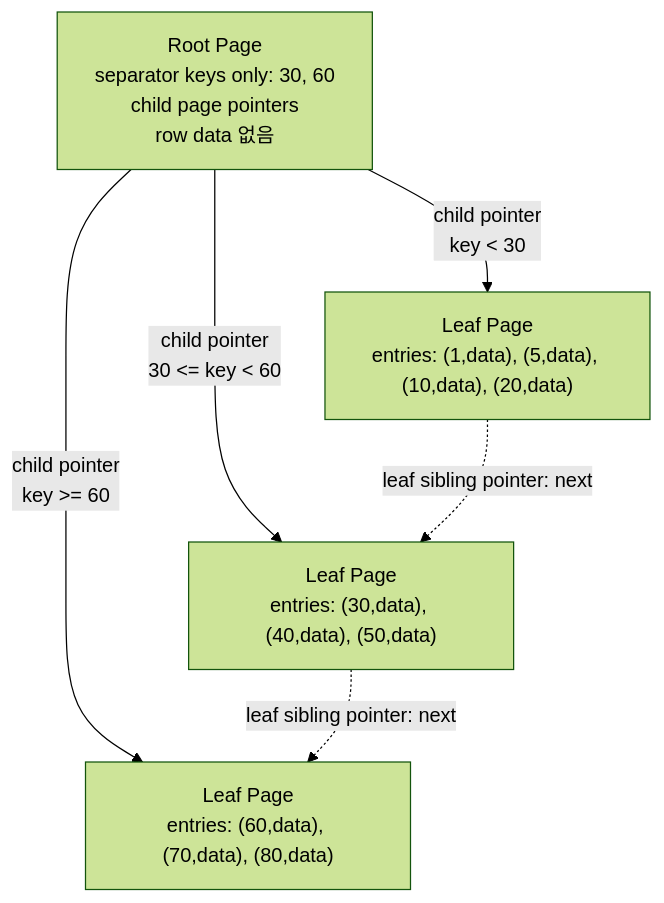
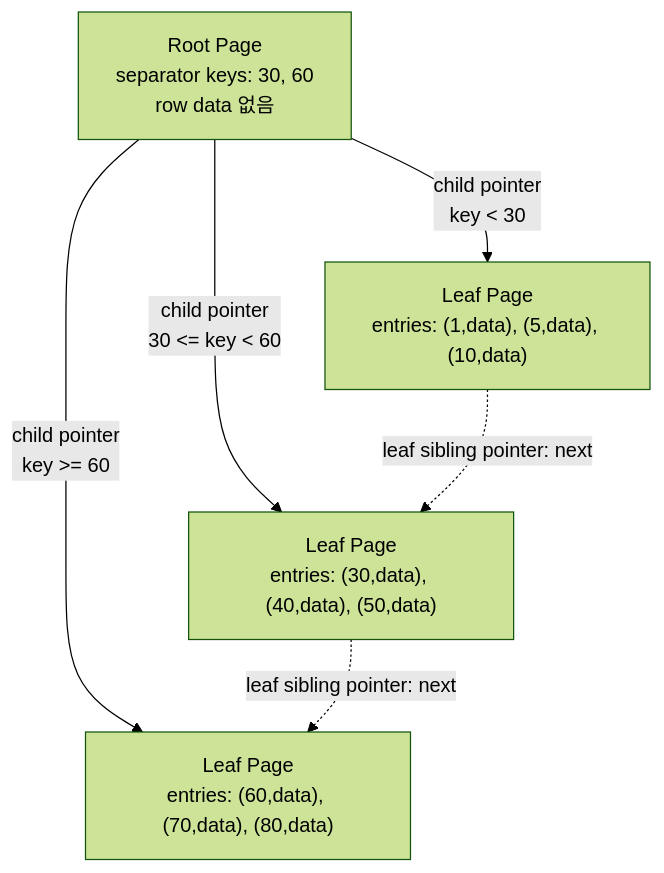
Before and after one commit to KROOKIMWOOBIN/study: the third of 8 diagrams in docs/db/성능운영/인덱스/B-Tree.md, drawn with Mermaid (forest theme). The commit also changed other lines of this file, not shown here.

Commit message:
docs: fix btree diagrams on narrow screens

````diff
--- a/docs/db/성능운영/인덱스/B-Tree.md
+++ b/docs/db/성능운영/인덱스/B-Tree.md
@@ -205,14 +213,14 @@
 ```mermaid
 flowchart TD
-    R["Root Page<br/>separator keys only: 30, 60<br/>child page pointers<br/>row data 없음"]
-    L1["Leaf Page<br/>entries: (1,data), (5,data), (10,data), (20,data)"]
+    R["Root Page<br/>separator keys: 30, 60<br/>row data 없음"]
+    L1["Leaf Page<br/>entries: (1,data), (5,data), (10,data)"]
     L2["Leaf Page<br/>entries: (30,data), (40,data), (50,data)"]
     L3["Leaf Page<br/>entries: (60,data), (70,data), (80,data)"]
 
     R -->|"child pointer<br/>key < 30"| L1
     R -->|"child pointer<br/>30 <= key < 60"| L2
     R -->|"child pointer<br/>key >= 60"| L3
 
     L1 -. "leaf sibling pointer: next" .-> L2
     L2 -. "leaf sibling pointer: next" .-> L3
 ```
````
